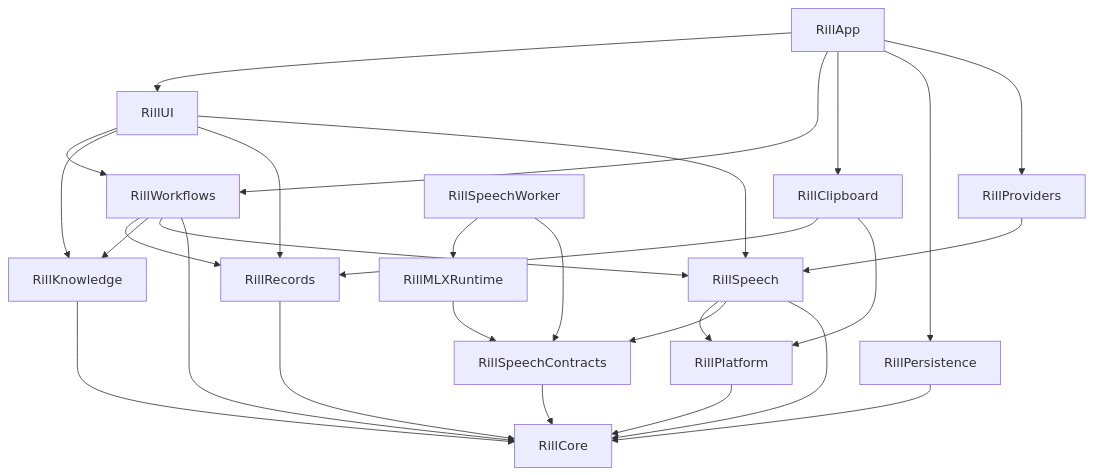
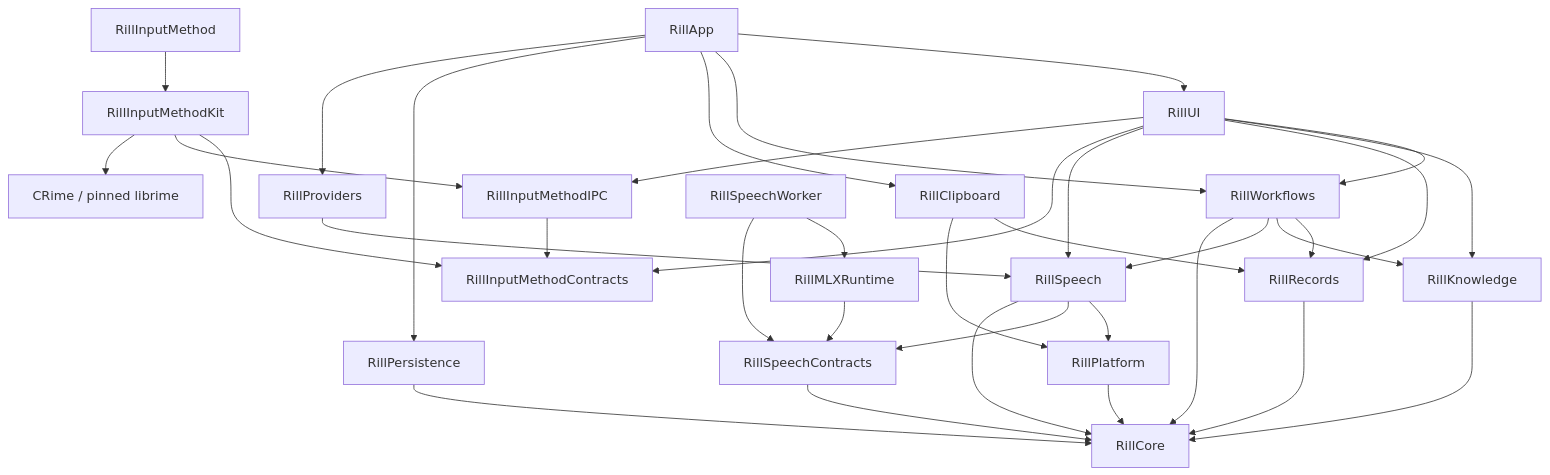
The diagram in docs/architecture.md (zrr1999/rill), drawn with Mermaid before and after one commit. The commit also changed other lines of this file and 77 other files, not shown here.

Commit message:
✨ feat(input): add an independent Rime input method

````diff
--- a/docs/architecture.md
+++ b/docs/architecture.md
@@ -11,30 +11,37 @@
 ```mermaid
 flowchart TD
     App[RillApp] --> UI[RillUI]
     App --> Workflows[RillWorkflows]
     App --> Clipboard[RillClipboard]
     App --> Persistence[RillPersistence]
     App --> Providers[RillProviders]
     Workflows --> Records[RillRecords]
     Workflows --> Knowledge[RillKnowledge]
     Workflows --> Speech[RillSpeech]
     Clipboard --> Records
     Clipboard --> Platform[RillPlatform]
     Speech --> Platform
     Providers --> Speech
     UI --> Workflows
     UI --> Knowledge
     UI --> Records
     UI --> Speech
+    UI --> Contract[RillInputMethodContracts]
+    UI --> IPC[RillInputMethodIPC]
+    IPC --> Contract
+    IME[RillInputMethod] --> IMK[RillInputMethodKit]
+    IMK --> Contract
+    IMK --> IPC
+    IMK --> Rime[CRime / pinned librime]
     Worker[RillSpeechWorker] --> MLX[RillMLXRuntime]
     Worker --> SpeechContracts[RillSpeechContracts]
     MLX --> SpeechContracts
     Speech --> SpeechContracts
     SpeechContracts --> Core
     Records --> Core[RillCore]
     Knowledge --> Core
     Workflows --> Core
     Speech --> Core
     Persistence --> Core
     Platform --> Core
 ```
````
